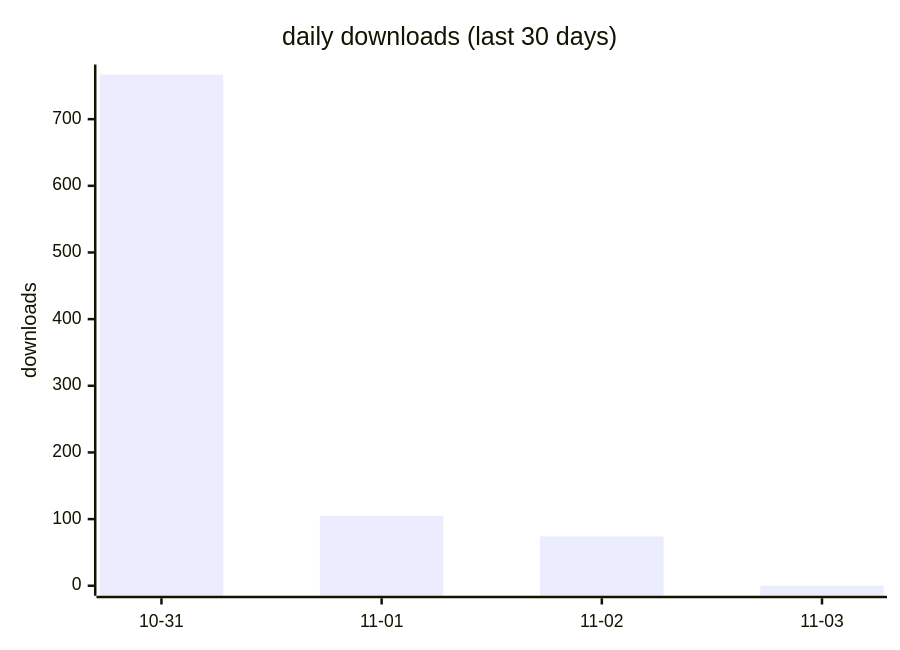
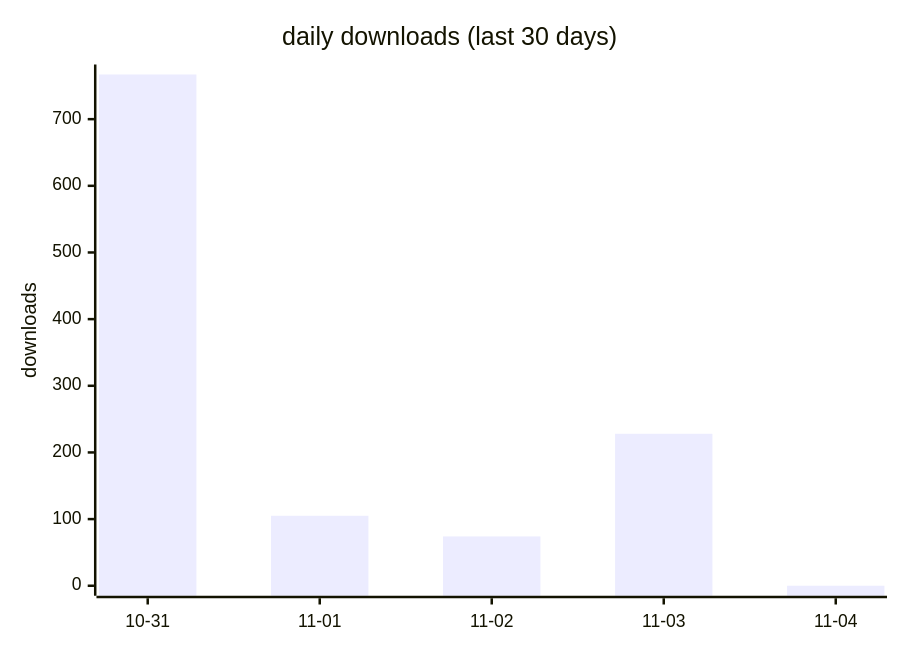
Before and after one commit to terry2010/opencode-loop-recover: the first of 2 diagrams in docs/downloads-2026.md, drawn with Mermaid. The commit also changed other lines of this file and 1 other file, not shown here.

````diff
--- a/docs/downloads-2026.md
+++ b/docs/downloads-2026.md
@@ -19,7 +19,7 @@
 ```mermaid
 xychart-beta
     title "daily downloads (last 30 days)"
-    x-axis ["10-31", "11-01", "11-02", "11-03"]
+    x-axis ["10-31", "11-01", "11-02", "11-03", "11-04"]
     y-axis "downloads" 0 --> 767
-    bar [767, 105, 74, 0]
+    bar [767, 105, 74, 228, 0]
 ```
````
